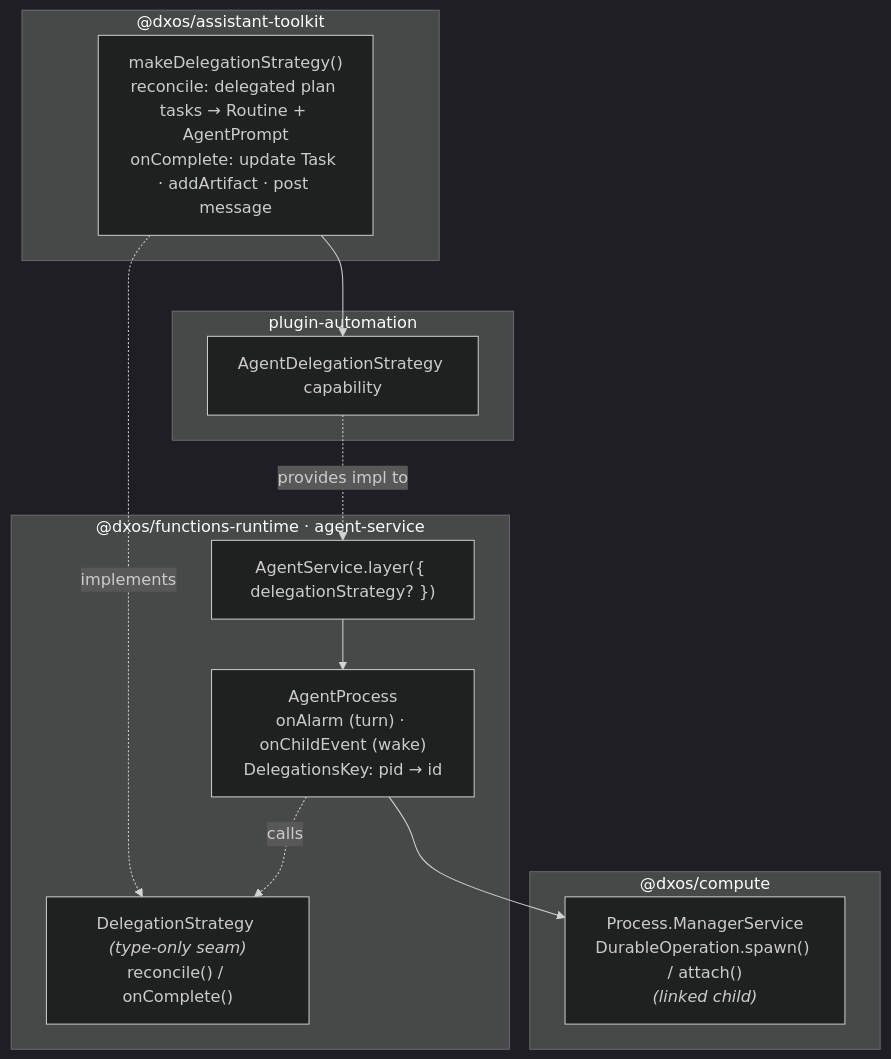
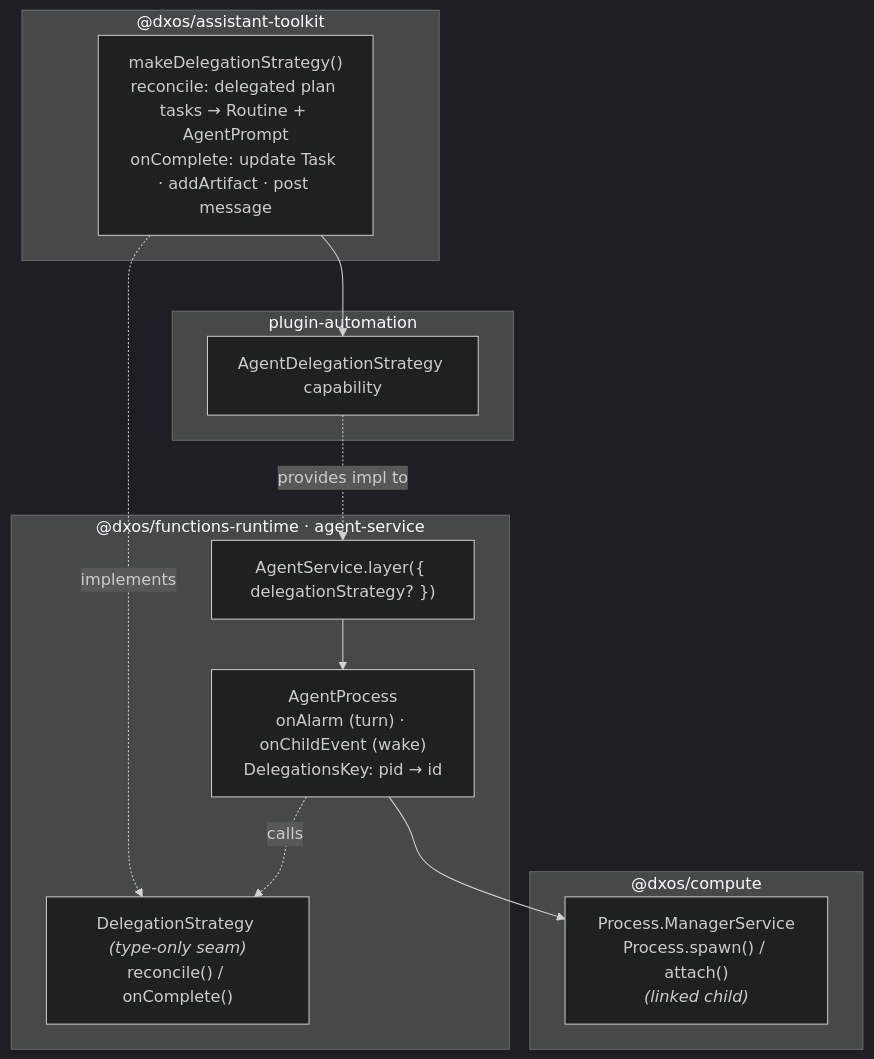
One commit to dxos/dxos changed the first of 2 diagrams in packages/core/compute/agent-runtime/src/agent-service/README.md. Above: the diagram before and after it, drawn with Mermaid (dark theme). The commit also changed other lines of this file and 13 other files, not shown here.

First line of the commit message:
compute: move spawn to Process.spawn

````diff
--- a/packages/core/compute/agent-runtime/src/agent-service/README.md
+++ b/packages/core/compute/agent-runtime/src/agent-service/README.md
@@ -15,27 +15,27 @@
 ```mermaid
 flowchart TB
   subgraph rt["@dxos/compute"]
-    POI["Process.ManagerService<br/>DurableOperation.spawn() / attach()<br/><i>(linked child)</i>"]
+    POI["Process.ManagerService<br/>Process.spawn() / attach()<br/><i>(linked child)</i>"]
   end
 
   subgraph fr["@dxos/functions-runtime · agent-service"]
     AS["AgentService.layer({ delegationStrategy? })"]
     AP["AgentProcess<br/>onAlarm (turn) · onChildEvent (wake)<br/>DelegationsKey: pid → id"]
     SS["DelegationStrategy <i>(type-only seam)</i><br/>reconcile() / onComplete()"]
     AS --> AP
     AP -. "calls" .-> SS
     AP --> POI
   end
 
   subgraph tk["@dxos/assistant-toolkit"]
     IMPL["makeDelegationStrategy()<br/>reconcile: delegated plan tasks → Routine + AgentPrompt<br/>onComplete: update Task · addArtifact · post message"]
   end
 
   subgraph pa["plugin-automation"]
     CAP["AgentDelegationStrategy capability"]
   end
 
   IMPL -. "implements" .-> SS
   CAP -. "provides impl to" .-> AS
   IMPL --> CAP
 ```
````
